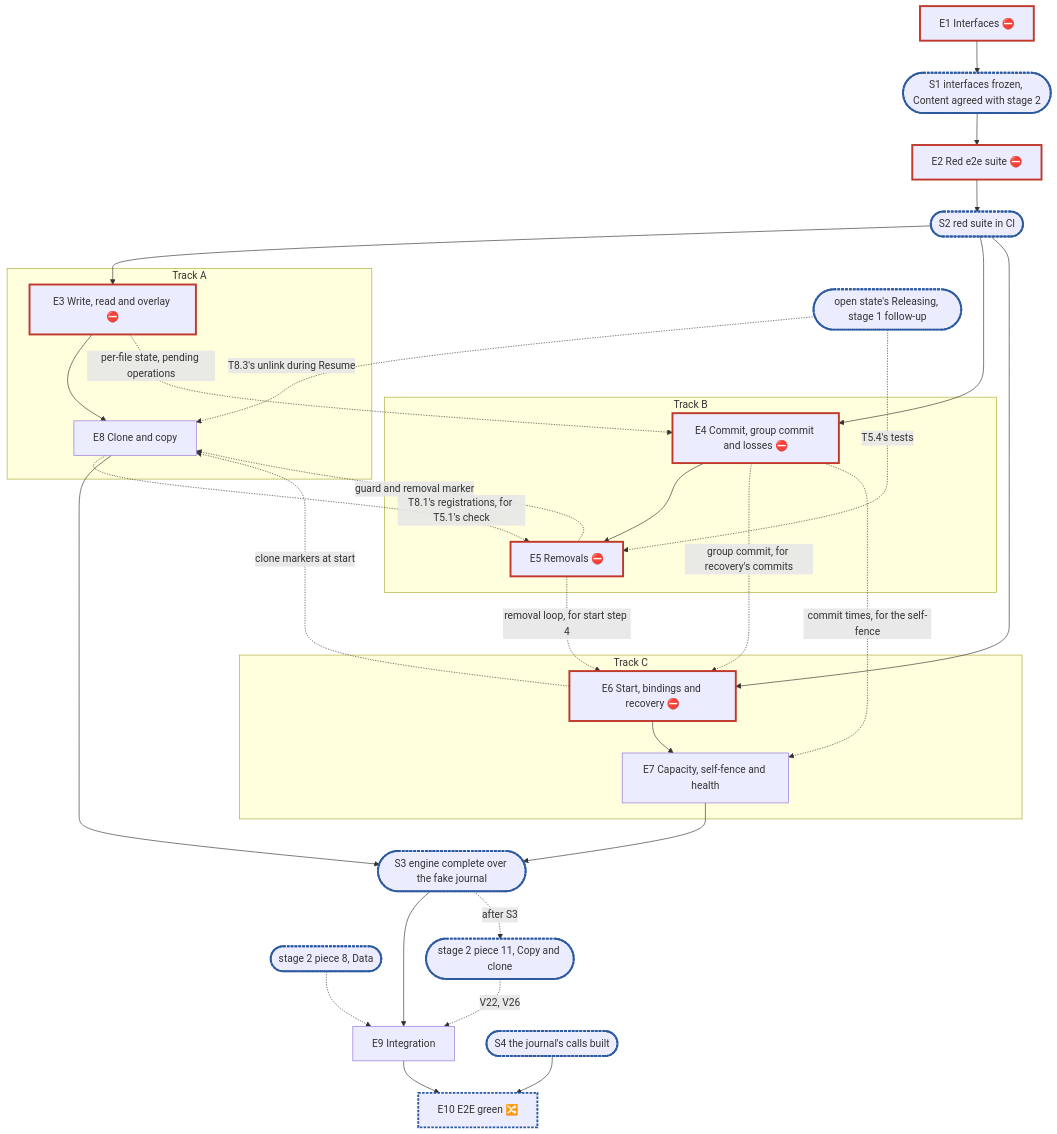
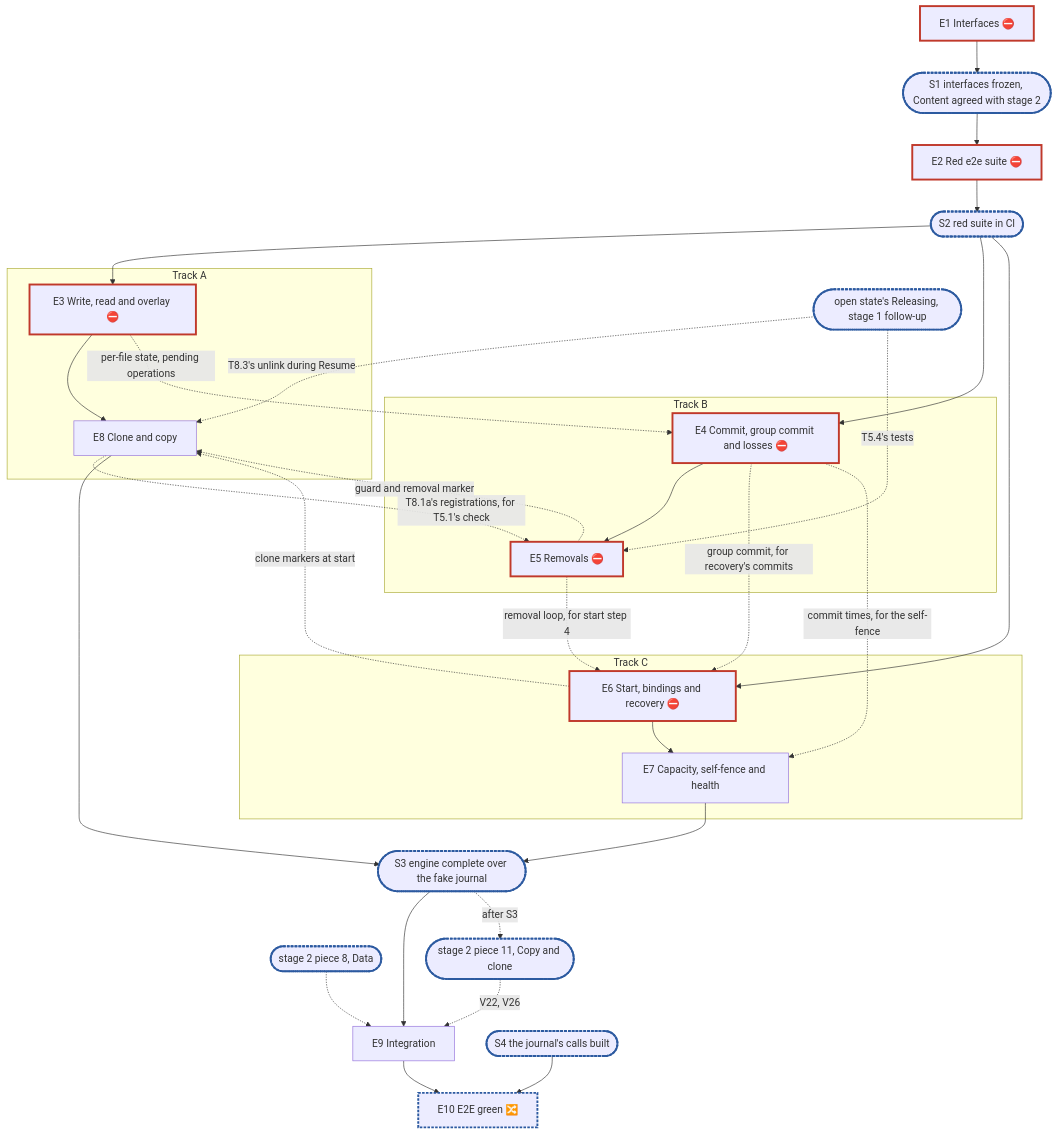
Before and after one commit to marmos91/dittofs: the diagram in docs/internals/planning/rfc-8-journal-only-engine-plan.md, drawn with Mermaid. The commit also changed other lines of this file and 3 other files, not shown here.

````diff
--- a/docs/internals/planning/rfc-8-journal-only-engine-plan.md
+++ b/docs/internals/planning/rfc-8-journal-only-engine-plan.md
@@ -401,32 +401,32 @@
 ```mermaid
 flowchart TD
   E1["E1 Interfaces ⛔"]:::blocker --> S1(["S1 interfaces frozen, Content agreed with stage 2"]):::sync
   S1 --> E2["E2 Red e2e suite ⛔"]:::blocker --> S2(["S2 red suite in CI"]):::sync
   subgraph A["Track A"]
     E3["E3 Write, read and overlay ⛔"]:::blocker --> E8["E8 Clone and copy"]
   end
   subgraph B["Track B"]
     E4["E4 Commit, group commit and losses ⛔"]:::blocker --> E5["E5 Removals ⛔"]:::blocker
   end
   subgraph C["Track C"]
     E6["E6 Start, bindings and recovery ⛔"]:::blocker --> E7["E7 Capacity, self-fence and health"]
   end
   S2 --> E3 & E4 & E6
   E3 -. "per-file state, pending operations" .-> E4
   E4 -. "group commit, for recovery's commits" .-> E6
   E5 -. "removal loop, for start step 4" .-> E6
   E4 -. "commit times, for the self-fence" .-> E7
   E5 -. "guard and removal marker" .-> E8
-  E8 -. "T8.1's registrations, for T5.1's check" .-> E5
+  E8 -. "T8.1a's registrations, for T5.1's check" .-> E5
   E6 -. "clone markers at start" .-> E8
   E7 & E8 --> S3(["S3 engine complete over the fake journal"]):::sync
   S3 --> E9["E9 Integration"]
   X(["stage 2 piece 8, Data"]):::sync -.-> E9
   S3 -. "after S3" .-> P11(["stage 2 piece 11, Copy and clone"]):::sync -. "V22, V26" .-> E9
   R(["open state's Releasing, stage 1 follow-up"]):::sync -. "T5.4's tests" .-> E5
   R -. "T8.3's unlink during Resume" .-> E8
   E9 --> E10["E10 E2E green 🔀"]:::sync
   S4(["S4 the journal's calls built"]):::sync --> E10
   classDef blocker stroke:#c0392b,stroke-width:3px
   classDef sync stroke:#2c5aa0,stroke-width:3px,stroke-dasharray:4 2
 ```
````
